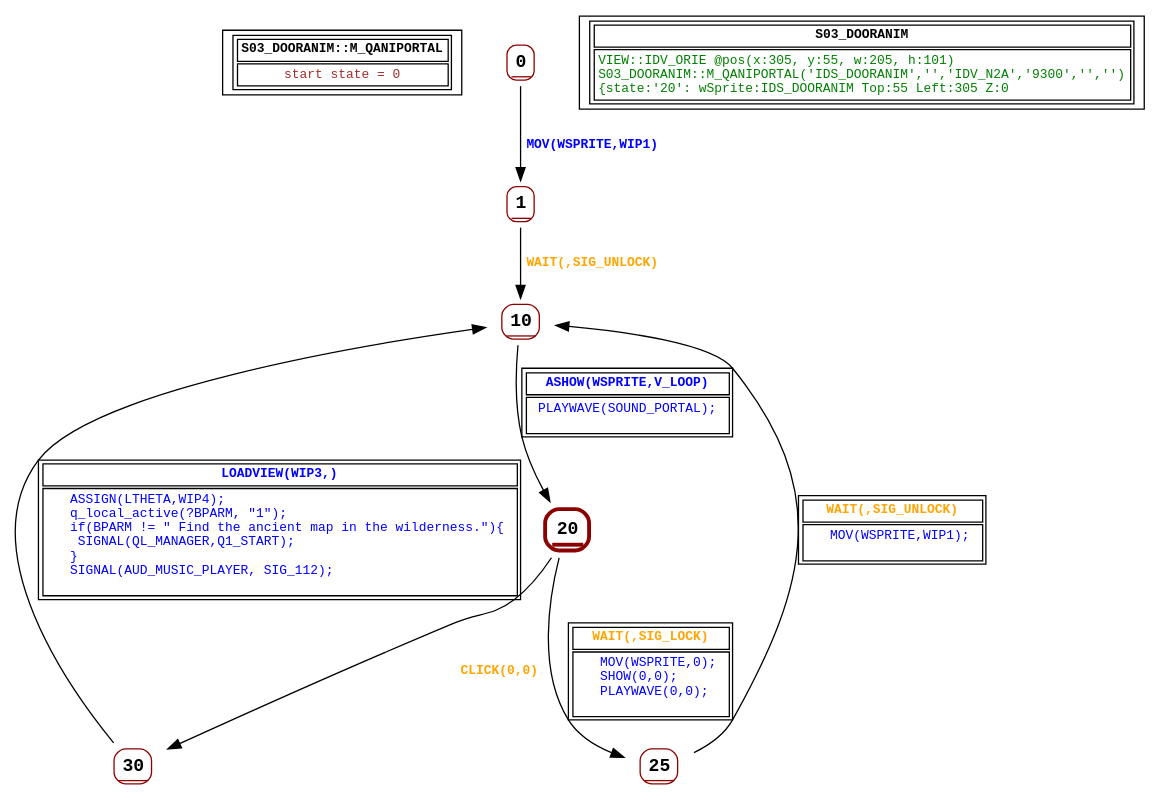
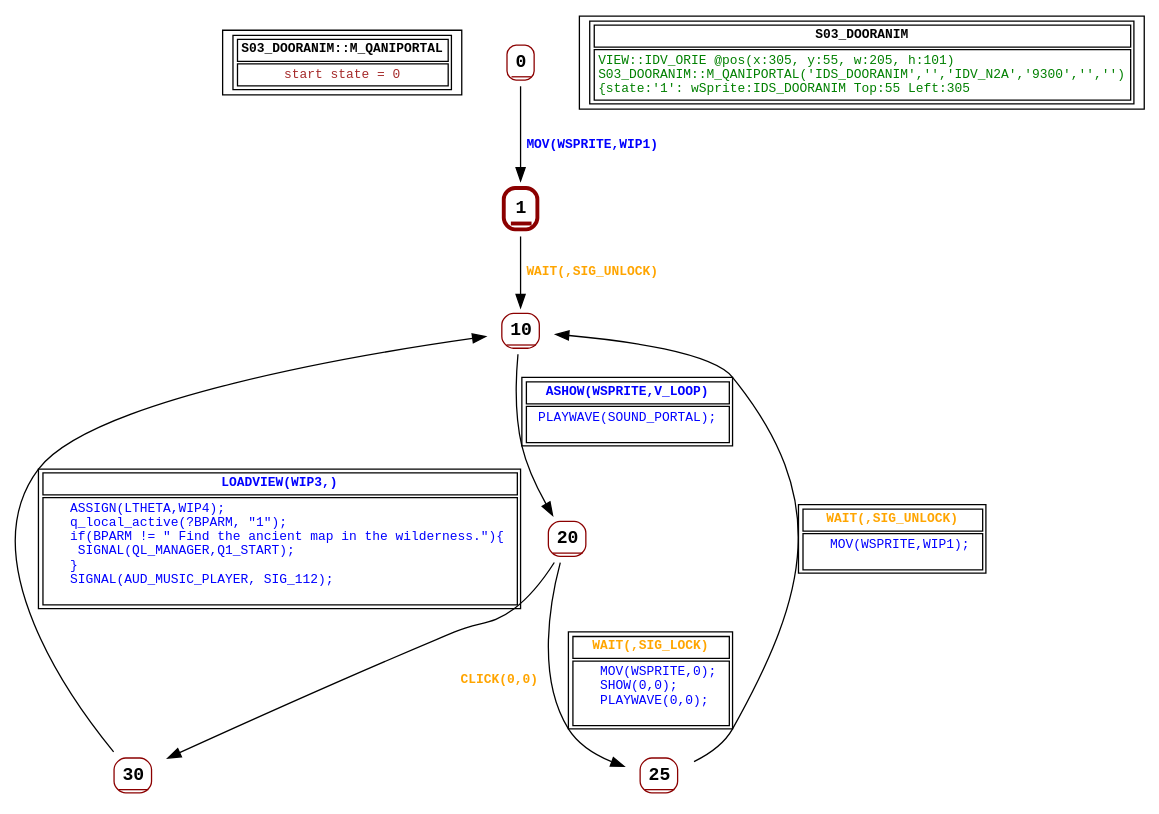
One commit to guy-stewart/AzariaCD changed the diagram in graphs/S03_DOORANIM.dot. Above: the diagram before and after it, drawn with Graphviz. The commit also changed 19 other files, not shown here.

```diff
--- a/graphs/S03_DOORANIM.dot
+++ b/graphs/S03_DOORANIM.dot
@@ -1,43 +1,43 @@
 digraph Automaton {
  fontname="Courier New"
 	node [shape=oval, fontname="Courier New"];
 	filename[shape = record, fontsize=10, label=< <table border="1"><tr><td><b>S03_DOORANIM::M_QANIPORTAL<br align="left"/></b></td></tr>
 <tr><td><font point-size="10" color ="brown">start state = 0<br align="left"/></font></td></tr></table>>
 ];
 	0[shape = none, fontsize=14, label=< <table border="1" color="darkred" style="rounded"><tr><td sides="b"><b>0<br align="left"/></b></td></tr>
 </table>>];
 "0" -> "1" [fontcolor=blue,fontsize=10,fontname="Courier New", label=< <table border="0"><tr><td><b>MOV(WSPRITE,WIP1)<br align="left"/></b></td></tr>
 </table>>
 ];
-	1[shape = none, fontsize=14, label=< <table border="1" color="darkred" style="rounded"><tr><td sides="b"><b>1<br align="left"/></b></td></tr>
+	1[shape = none, fontsize=14, label=< <table border="3" color="darkred" style="rounded"><tr><td sides="b"><b>1<br align="left"/></b></td></tr>
 </table>>];
 "1" -> "10" [fontcolor=orange,fontsize=10,fontname="Courier New", label=< <table border="0"><tr><td><b>WAIT(,SIG_UNLOCK)<br align="left"/></b></td></tr>
 </table>>
 ];
 	10[shape = none, fontsize=14, label=< <table border="1" color="darkred" style="rounded"><tr><td sides="b"><b>10<br align="left"/></b></td></tr>
 </table>>];
 "10" -> "20" [fontcolor=blue,fontsize=10,fontname="Courier New", label=< <table border="1"><tr><td><b>ASHOW(WSPRITE,V_LOOP)<br align="left"/></b></td></tr>
 <tr><td><font point-size="10" color ="blue">  PLAYWAVE(SOUND_PORTAL);<br align="left"/> <br align="left"/></font></td></tr></table>>
 ];
-	20[shape = none, fontsize=14, label=< <table border="3" color="darkred" style="rounded"><tr><td sides="b"><b>20<br align="left"/></b></td></tr>
+	20[shape = none, fontsize=14, label=< <table border="1" color="darkred" style="rounded"><tr><td sides="b"><b>20<br align="left"/></b></td></tr>
 </table>>];
 "20" -> "30" [fontcolor=orange,fontsize=10,fontname="Courier New", label=< <table border="0"><tr><td><b>CLICK(0,0)<br align="left"/></b></td></tr>
 </table>>
 ];
 "20" -> "25" [fontcolor=orange,fontsize=10,fontname="Courier New", label=< <table border="1"><tr><td><b>WAIT(,SIG_LOCK)<br align="left"/></b></td></tr>
 <tr><td><font point-size="10" color ="blue">    MOV(WSPRITE,0);<br align="left"/>    SHOW(0,0);<br align="left"/>    PLAYWAVE(0,0);<br align="left"/> <br align="left"/></font></td></tr></table>>
 ];
 	25[shape = none, fontsize=14, label=< <table border="1" color="darkred" style="rounded"><tr><td sides="b"><b>25<br align="left"/></b></td></tr>
 </table>>];
 "25" -> "10" [fontcolor=orange,fontsize=10,fontname="Courier New", label=< <table border="1"><tr><td><b>WAIT(,SIG_UNLOCK)<br align="left"/></b></td></tr>
 <tr><td><font point-size="10" color ="blue">    MOV(WSPRITE,WIP1);<br align="left"/> <br align="left"/></font></td></tr></table>>
 ];
 	30[shape = none, fontsize=14, label=< <table border="1" color="darkred" style="rounded"><tr><td sides="b"><b>30<br align="left"/></b></td></tr>
 </table>>];
 "30" -> "10" [fontcolor=blue,fontsize=10,fontname="Courier New", label=< <table border="1"><tr><td><b>LOADVIEW(WIP3,)<br align="left"/></b></td></tr>
 <tr><td><font point-size="10" color ="blue">    ASSIGN(LTHETA,WIP4);<br align="left"/>    q_local_active(?BPARM, &quot;1&quot;);<br align="left"/>    if(BPARM != &quot; Find the ancient map in the wilderness.&quot;)&#123;<br align="left"/>     SIGNAL(QL_MANAGER,Q1_START);<br align="left"/>    &#125;<br align="left"/>    SIGNAL(AUD_MUSIC_PLAYER, SIG_112);<br align="left"/> <br align="left"/></font></td></tr></table>>
 ];
 	status[shape = record, fontsize=10, label=< <table border="1"><tr><td><b>S03_DOORANIM<br align="left"/></b></td></tr>
-<tr><td><font point-size="10" color ="green">VIEW::IDV_ORIE @pos(x:305, y:55, w:205, h:101)<br align="left"/>S03_DOORANIM::M_QANIPORTAL(&apos;IDS_DOORANIM&apos;,&apos;&apos;,&apos;IDV_N2A&apos;,&apos;9300&apos;,&apos;&apos;,&apos;&apos;)<br align="left"/>			&#123;state:&apos;20&apos;: wSprite:IDS_DOORANIM Top:55 Left:305 Z:0<br align="left"/></font></td></tr></table>>
+<tr><td><font point-size="10" color ="green">VIEW::IDV_ORIE @pos(x:305, y:55, w:205, h:101)<br align="left"/>S03_DOORANIM::M_QANIPORTAL(&apos;IDS_DOORANIM&apos;,&apos;&apos;,&apos;IDV_N2A&apos;,&apos;9300&apos;,&apos;&apos;,&apos;&apos;)<br align="left"/>			&#123;state:&apos;1&apos;: wSprite:IDS_DOORANIM Top:55 Left:305<br align="left"/></font></td></tr></table>>
 ];
 }
```
